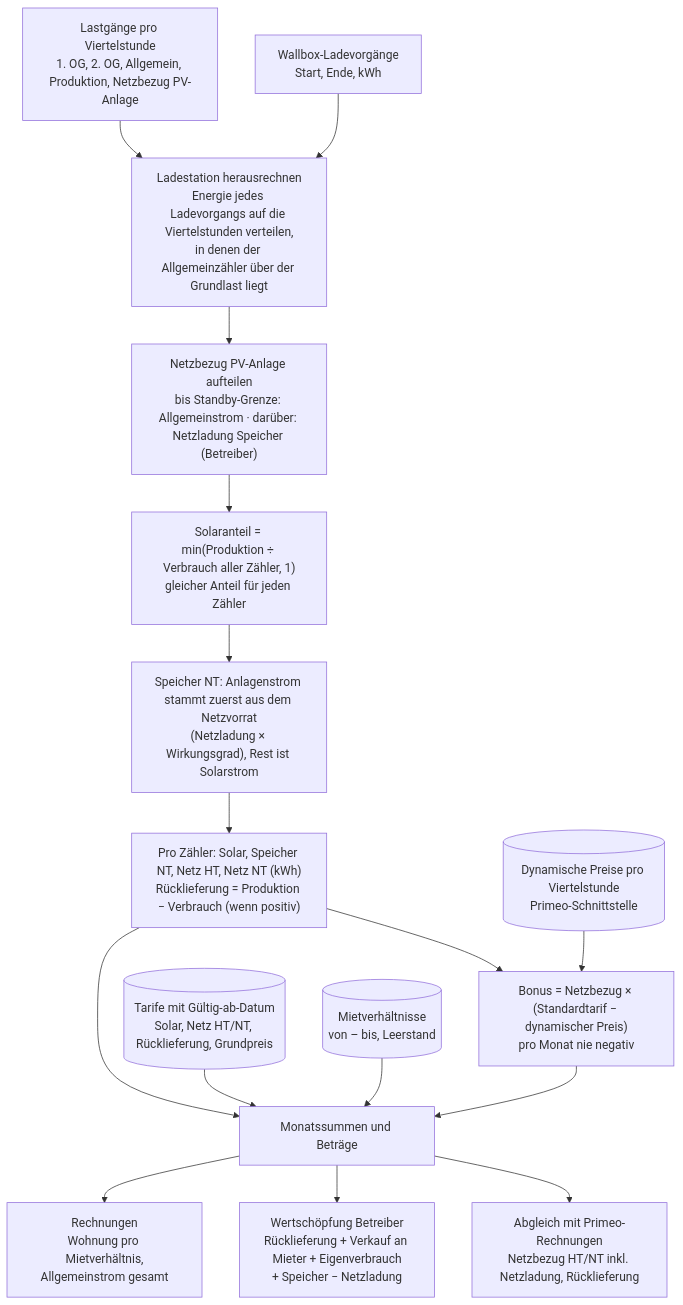
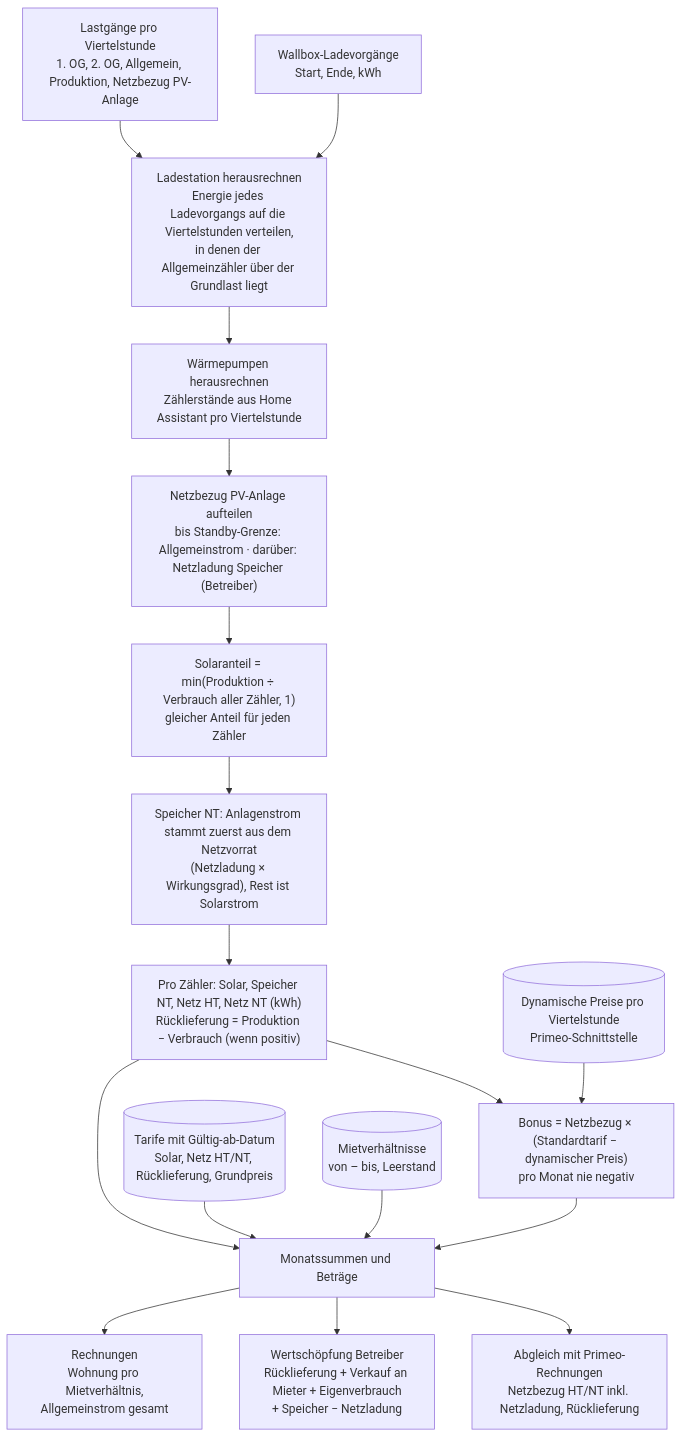
One commit to khu1985/vzev-ha changed the diagram in docs/rechenmodell.mmd. Above: the diagram before and after it, drawn with Mermaid. The commit also changed 16 other files, not shown here.

Commit message:
0.9.0: Wärmepumpen als Unterzähler am Allgemeinzähler; Rechnungen aus der App-Berechnung

```diff
--- a/docs/rechenmodell.mmd
+++ b/docs/rechenmodell.mmd
@@ -1,15 +1,16 @@
 flowchart TD
     A["Lastgänge pro Viertelstunde<br/>1. OG, 2. OG, Allgemein, Produktion, Netzbezug PV-Anlage"] --> B
     LS["Wallbox-Ladevorgänge<br/>Start, Ende, kWh"] --> B
-    B["Ladestation herausrechnen<br/>Energie jedes Ladevorgangs auf die Viertelstunden verteilen,<br/>in denen der Allgemeinzähler über der Grundlast liegt"] --> C
+    B["Ladestation herausrechnen<br/>Energie jedes Ladevorgangs auf die Viertelstunden verteilen,<br/>in denen der Allgemeinzähler über der Grundlast liegt"] --> WP
+    WP["Wärmepumpen herausrechnen<br/>Zählerstände aus Home Assistant pro Viertelstunde"] --> C
     C["Netzbezug PV-Anlage aufteilen<br/>bis Standby-Grenze: Allgemeinstrom · darüber: Netzladung Speicher (Betreiber)"] --> D
     D["Solaranteil = min(Produktion ÷ Verbrauch aller Zähler, 1)<br/>gleicher Anteil für jeden Zähler"] --> S
     S["Speicher NT: Anlagenstrom stammt zuerst aus dem Netzvorrat<br/>(Netzladung × Wirkungsgrad), Rest ist Solarstrom"] --> E
     E["Pro Zähler: Solar, Speicher NT, Netz HT, Netz NT (kWh)<br/>Rücklieferung = Produktion − Verbrauch (wenn positiv)"] --> F
     DP[("Dynamische Preise pro Viertelstunde<br/>Primeo-Schnittstelle")] --> BO
     E --> BO["Bonus = Netzbezug × (Standardtarif − dynamischer Preis)<br/>pro Monat nie negativ"] --> F
     T[("Tarife mit Gültig-ab-Datum<br/>Solar, Netz HT/NT, Rücklieferung, Grundpreis")] --> F
     M[("Mietverhältnisse<br/>von – bis, Leerstand")] --> F
     F["Monatssummen und Beträge"] --> G["Rechnungen<br/>Wohnung pro Mietverhältnis,<br/>Allgemeinstrom gesamt"]
     F --> H["Wertschöpfung Betreiber<br/>Rücklieferung + Verkauf an Mieter + Eigenverbrauch<br/>+ Speicher − Netzladung"]
     F --> K["Abgleich mit Primeo-Rechnungen<br/>Netzbezug HT/NT inkl. Netzladung, Rücklieferung"]
```
